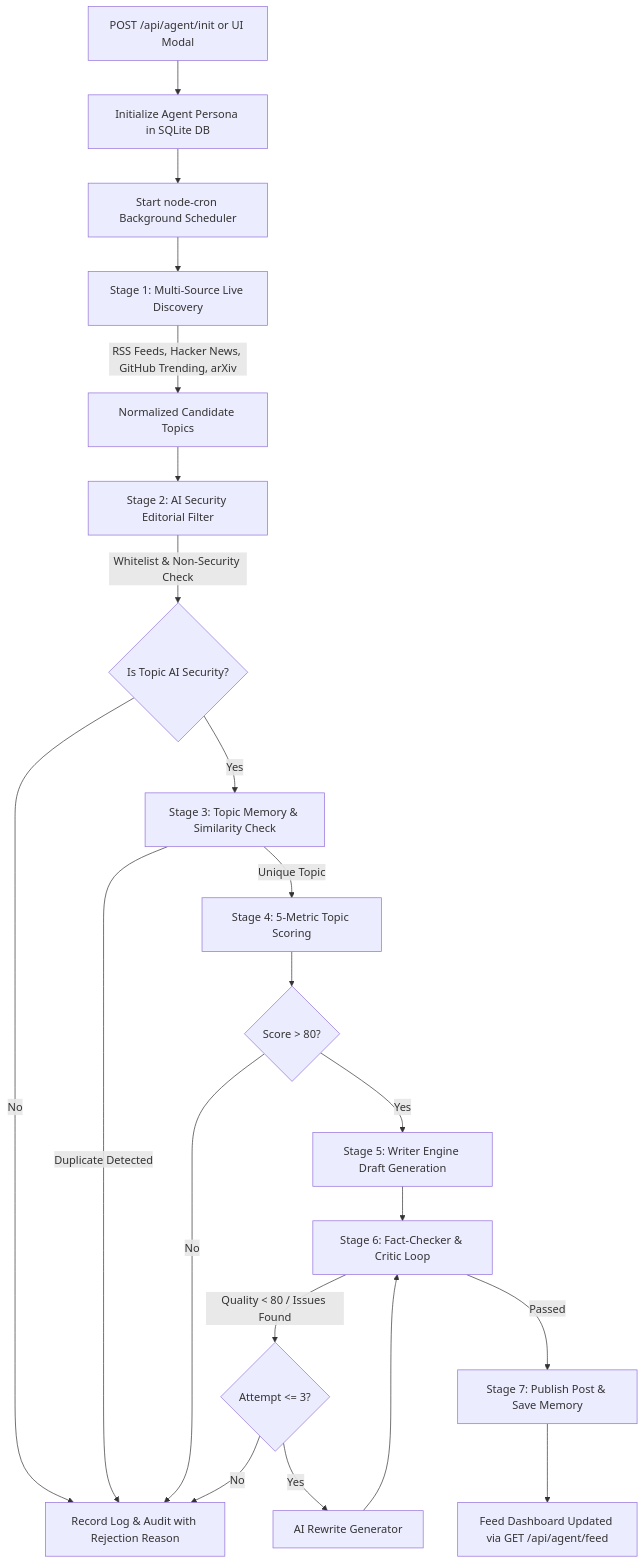
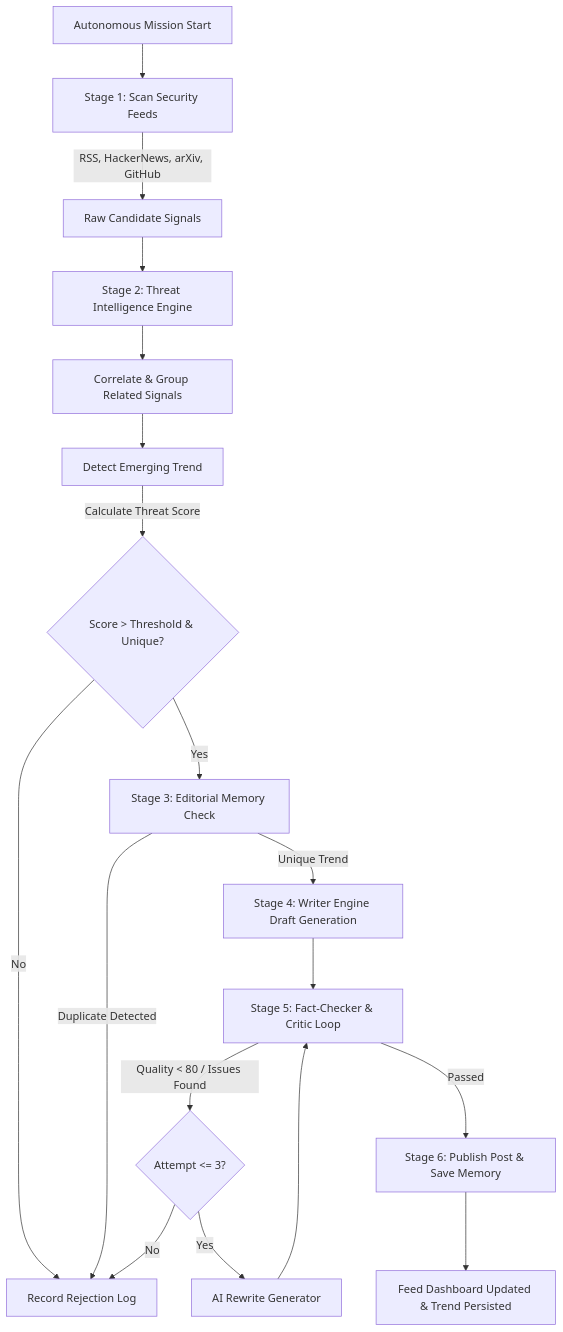
One commit to aayushirawat0987-ops/autonomous-ai- changed the diagram in README.md. Above: the diagram before and after it, drawn with Mermaid. The commit also changed other lines of this file and 7 other files, not shown here.

Commit message:
emerging ai security

````diff
--- a/README.md
+++ b/README.md
@@ -52,23 +52,20 @@
 ```mermaid
 flowchart TD
-    A[POST /api/agent/init or UI Modal] --> B[Initialize Agent Persona in SQLite DB]
-    B --> C[Start node-cron Background Scheduler]
-    C --> D[Stage 1: Multi-Source Live Discovery]
-    D -->|RSS Feeds, Hacker News, GitHub Trending, arXiv| E[Normalized Candidate Topics]
-    E --> F[Stage 2: AI Security Editorial Filter]
-    F -->|Whitelist & Non-Security Check| G{Is Topic AI Security?}
-    G -->|No| H[Record Log & Audit with Rejection Reason]
-    G -->|Yes| I[Stage 3: Topic Memory & Similarity Check]
+    A[Autonomous Mission Start] --> B[Stage 1: Scan Security Feeds]
+    B -->|RSS, HackerNews, arXiv, GitHub| C[Raw Candidate Signals]
+    C --> D[Stage 2: Threat Intelligence Engine]
+    D --> E[Correlate & Group Related Signals]
+    E --> F[Detect Emerging Trend]
+    F -->|Calculate Threat Score| G{Score > Threshold & Unique?}
+    G -->|No| H[Record Rejection Log]
+    G -->|Yes| I[Stage 3: Editorial Memory Check]
     I -->|Duplicate Detected| H
-    I -->|Unique Topic| J[Stage 4: 5-Metric Topic Scoring]
-    J --> K{Score > 80?}
-    K -->|No| H
-    K -->|Yes| L[Stage 5: Writer Engine Draft Generation]
-    L --> M[Stage 6: Fact-Checker & Critic Loop]
-    M -->|Quality < 80 / Issues Found| N{Attempt <= 3?}
-    N -->|Yes| O[AI Rewrite Generator]
-    O --> M
-    N -->|No| H
-    M -->|Passed| P[Stage 7: Publish Post & Save Memory]
-    P --> Q[Feed Dashboard Updated via GET /api/agent/feed]
+    I -->|Unique Trend| J[Stage 4: Writer Engine Draft Generation]
+    J --> K[Stage 5: Fact-Checker & Critic Loop]
+    K -->|Quality < 80 / Issues Found| L{Attempt <= 3?}
+    L -->|Yes| M[AI Rewrite Generator]
+    M --> K
+    L -->|No| H
+    K -->|Passed| N[Stage 6: Publish Post & Save Memory]
+    N --> O[Feed Dashboard Updated & Trend Persisted]
 ```
````
